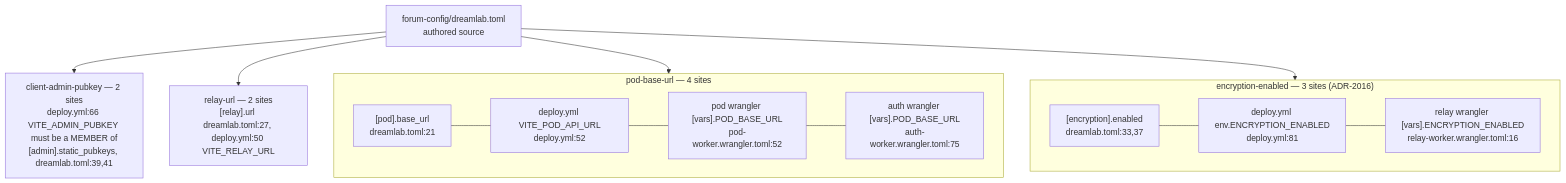
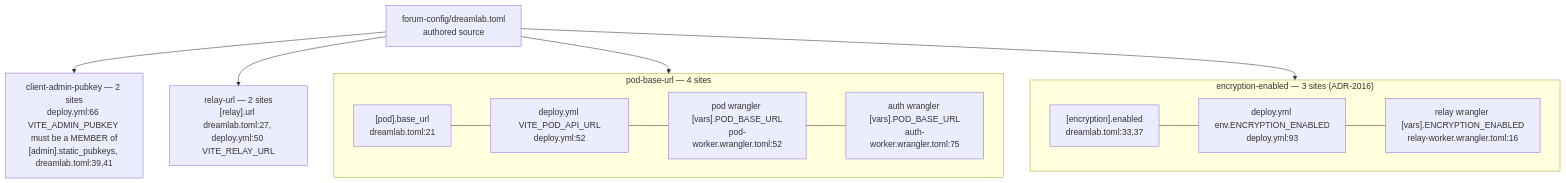
One commit to DreamLab-AI/VisionFlow changed the fifth of 10 diagrams in docs/diagrams/dreamlab-ai-website/03-forum-config-overlay-zones-admin-kv-sync.md. Above: the diagram before and after it, drawn with Mermaid. The commit also changed other lines of this file and 111 other files, not shown here.

Commit message:
docs(diagrams): align estate maps with current source

````diff
--- a/docs/diagrams/dreamlab-ai-website/03-forum-config-overlay-zones-admin-kv-sync.md
+++ b/docs/diagrams/dreamlab-ai-website/03-forum-config-overlay-zones-admin-kv-sync.md
@@ -116,15 +120,15 @@
 ```mermaid
 flowchart TB
     T["forum-config/dreamlab.toml<br/>authored source"] --> M4
     subgraph M4["pod-base-url — 4 sites"]
         direction LR
         P1["[pod].base_url<br/>dreamlab.toml:21"] --- P2["deploy.yml VITE_POD_API_URL<br/>deploy.yml:52"] --- P3["pod wrangler [vars].POD_BASE_URL<br/>pod-worker.wrangler.toml:52"] --- P4["auth wrangler [vars].POD_BASE_URL<br/>auth-worker.wrangler.toml:75"]
     end
     T --> M5["client-admin-pubkey — 2 sites<br/>deploy.yml:66 VITE_ADMIN_PUBKEY must be a MEMBER of<br/>[admin].static_pubkeys, dreamlab.toml:39,41"]
     T --> M6["relay-url — 2 sites<br/>[relay].url dreamlab.toml:27, deploy.yml:50 VITE_RELAY_URL"]
     T --> M7
     subgraph M7["encryption-enabled — 3 sites (ADR-2016)"]
         direction LR
-        E1["[encryption].enabled<br/>dreamlab.toml:33,37"] --- E2["deploy.yml env.ENCRYPTION_ENABLED<br/>deploy.yml:81"] --- E3["relay wrangler [vars].ENCRYPTION_ENABLED<br/>relay-worker.wrangler.toml:16"]
+        E1["[encryption].enabled<br/>dreamlab.toml:33,37"] --- E2["deploy.yml env.ENCRYPTION_ENABLED<br/>deploy.yml:93"] --- E3["relay wrangler [vars].ENCRYPTION_ENABLED<br/>relay-worker.wrangler.toml:16"]
     end
 ```
````
